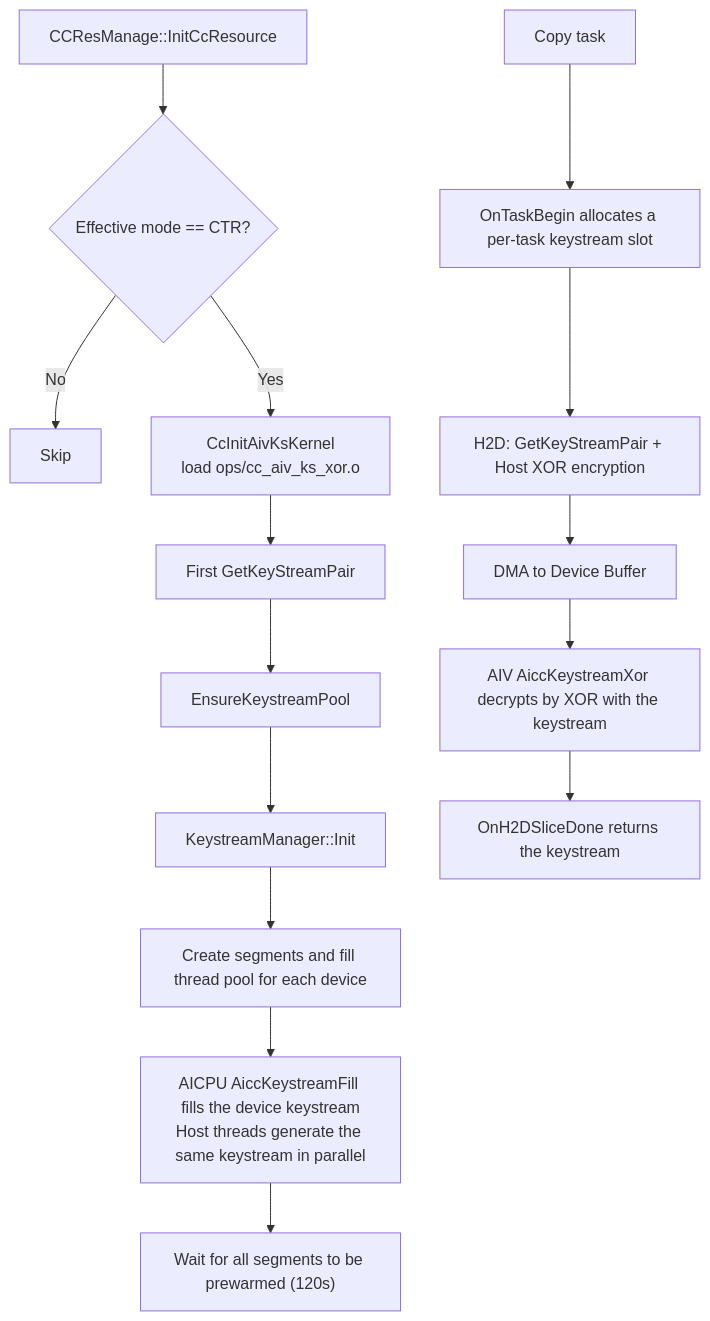
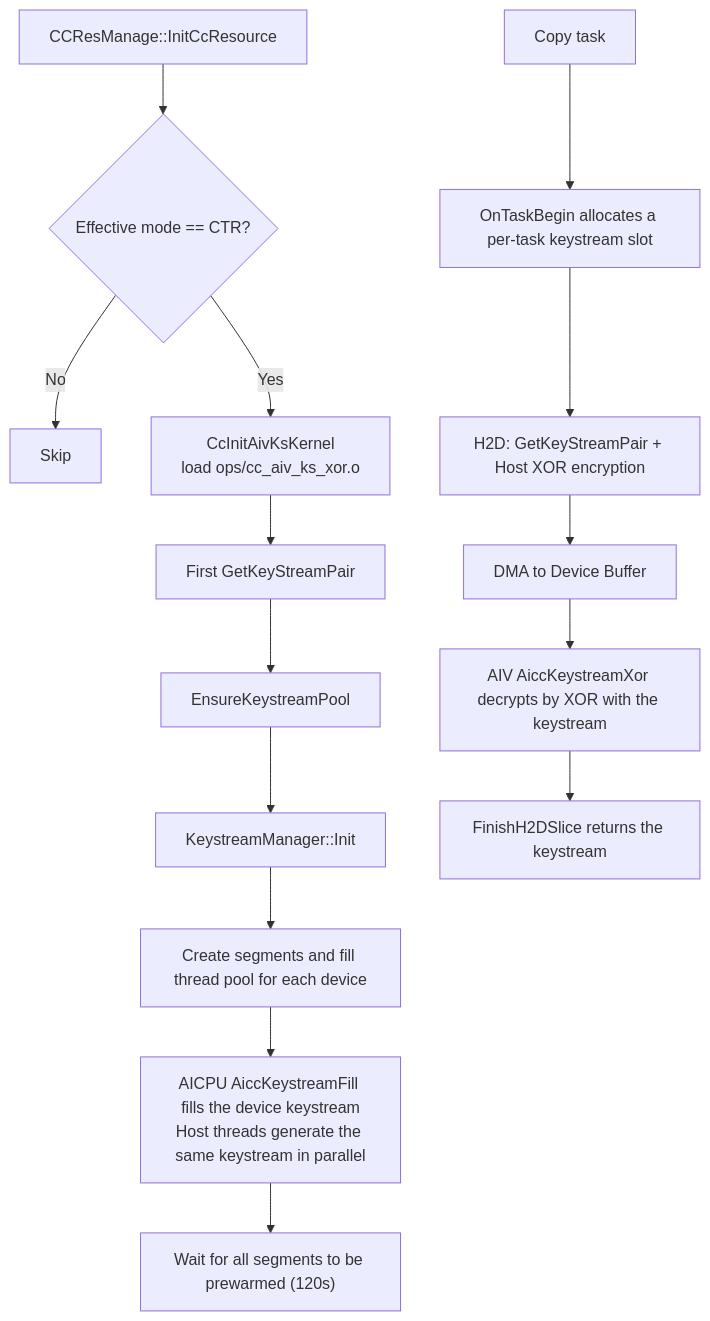
One commit to hicann/runtime changed the sixth of 11 diagrams in docs/en/design/features/cc_mode.md. Above: the diagram before and after it, drawn with Mermaid. The commit also changed other lines of this file and 21 other files, not shown here.

````diff
--- a/docs/en/design/features/cc_mode.md
+++ b/docs/en/design/features/cc_mode.md
@@ -476,18 +476,18 @@
 ```mermaid
 flowchart TD
     A[CCResManage::InitCcResource] --> B{"Effective mode == CTR?"}
     B -->|No| Z[Skip]
     B -->|Yes| C["CcInitAivKsKernel<br/>load ops/cc_aiv_ks_xor.o"]
     C --> D[First GetKeyStreamPair]
     D --> E[EnsureKeystreamPool]
     E --> F[KeystreamManager::Init]
     F --> G[Create segments and fill thread pool for each device]
     G --> H["AICPU AiccKeystreamFill fills the device keystream<br/>Host threads generate the same keystream in parallel"]
     H --> I["Wait for all segments to be prewarmed (120s)"]
 
     J[Copy task] --> K[OnTaskBegin allocates a per-task keystream slot]
     K --> L[H2D: GetKeyStreamPair + Host XOR encryption]
     L --> M[DMA to Device Buffer]
     M --> N[AIV AiccKeystreamXor decrypts by XOR with the keystream]
-    N --> O[OnH2DSliceDone returns the keystream]
+    N --> O[FinishH2DSlice returns the keystream]
 ```
````
